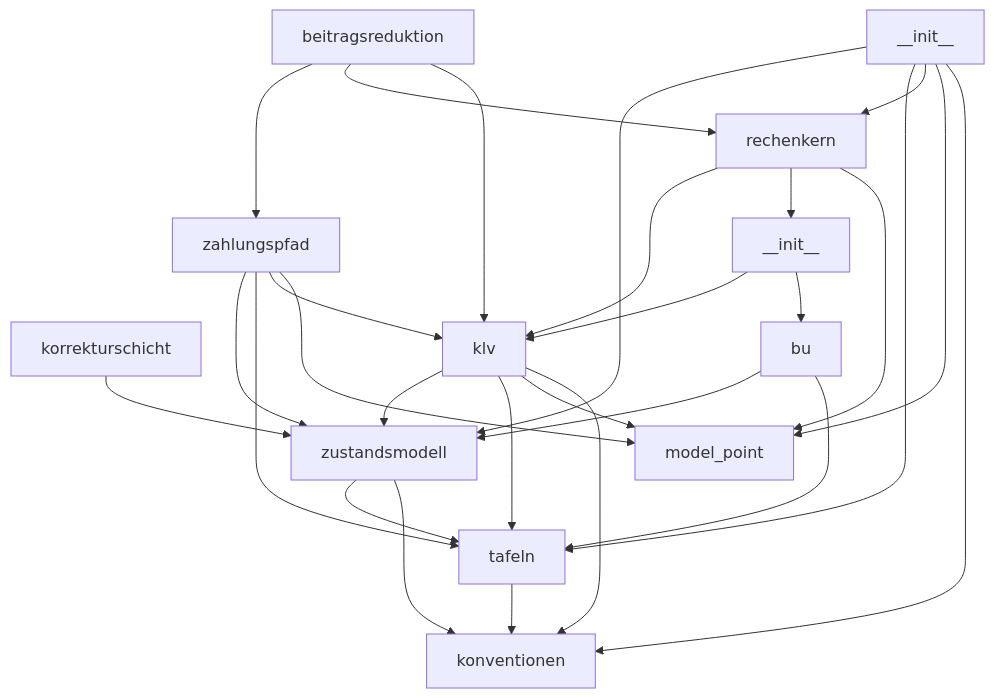
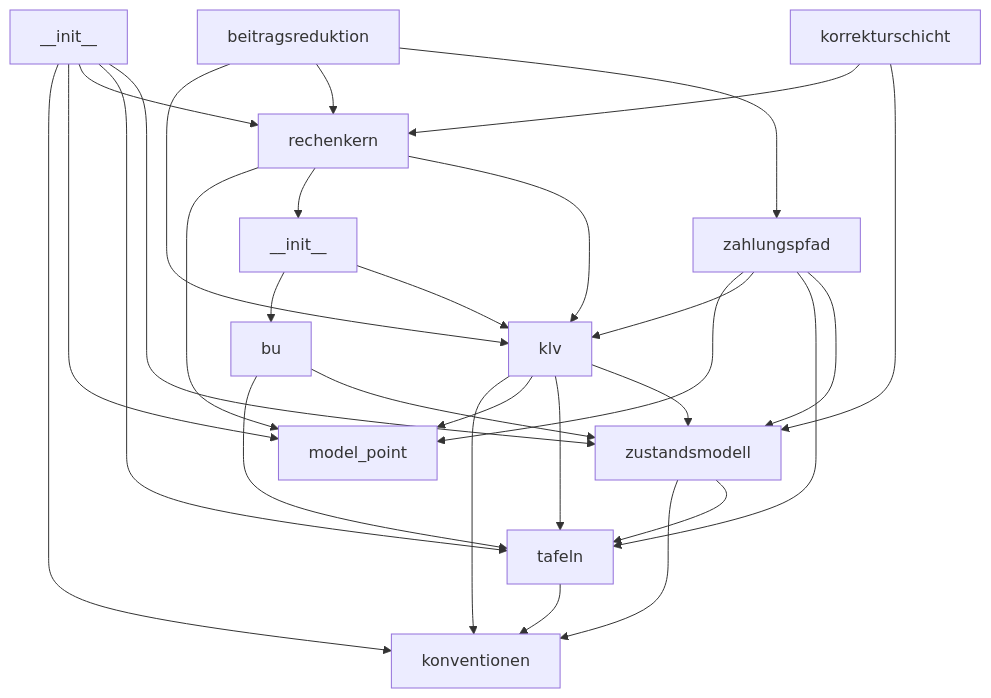
One commit to bartlmac/rechner-pipeline changed the third of 3 diagrams in docs/architektur/landkarte.md. Above: the diagram before and after it, drawn with Mermaid. The commit also changed other lines of this file and 24 other files, not shown here.

````diff
--- a/docs/architektur/landkarte.md
+++ b/docs/architektur/landkarte.md
@@ -103,43 +103,44 @@
 ```mermaid
 %% kern — erzeugt von ontologie.landkarte
 flowchart TD
     rechner_pipeline_kern___init___py["__init__"]
     rechner_pipeline_kern_beitragsreduktion_py["beitragsreduktion"]
     rechner_pipeline_kern_konventionen_py["konventionen"]
     rechner_pipeline_kern_korrekturschicht_py["korrekturschicht"]
     rechner_pipeline_kern_model_point_py["model_point"]
     rechner_pipeline_kern_produkte___init___py["__init__"]
     rechner_pipeline_kern_produkte_bu_py["bu"]
     rechner_pipeline_kern_produkte_klv_py["klv"]
     rechner_pipeline_kern_rechenkern_py["rechenkern"]
     rechner_pipeline_kern_tafeln_py["tafeln"]
     rechner_pipeline_kern_zahlungspfad_py["zahlungspfad"]
     rechner_pipeline_kern_zustandsmodell_py["zustandsmodell"]
     rechner_pipeline_kern___init___py --> rechner_pipeline_kern_konventionen_py
     rechner_pipeline_kern___init___py --> rechner_pipeline_kern_model_point_py
     rechner_pipeline_kern___init___py --> rechner_pipeline_kern_rechenkern_py
     rechner_pipeline_kern___init___py --> rechner_pipeline_kern_tafeln_py
     rechner_pipeline_kern___init___py --> rechner_pipeline_kern_zustandsmodell_py
     rechner_pipeline_kern_beitragsreduktion_py --> rechner_pipeline_kern_produkte_klv_py
     rechner_pipeline_kern_beitragsreduktion_py --> rechner_pipeline_kern_rechenkern_py
     rechner_pipeline_kern_beitragsreduktion_py --> rechner_pipeline_kern_zahlungspfad_py
+    rechner_pipeline_kern_korrekturschicht_py --> rechner_pipeline_kern_rechenkern_py
     rechner_pipeline_kern_korrekturschicht_py --> rechner_pipeline_kern_zustandsmodell_py
     rechner_pipeline_kern_produkte___init___py --> rechner_pipeline_kern_produkte_bu_py
     rechner_pipeline_kern_produkte___init___py --> rechner_pipeline_kern_produkte_klv_py
     rechner_pipeline_kern_produkte_bu_py --> rechner_pipeline_kern_tafeln_py
     rechner_pipeline_kern_produkte_bu_py --> rechner_pipeline_kern_zustandsmodell_py
     rechner_pipeline_kern_produkte_klv_py --> rechner_pipeline_kern_konventionen_py
     rechner_pipeline_kern_produkte_klv_py --> rechner_pipeline_kern_model_point_py
     rechner_pipeline_kern_produkte_klv_py --> rechner_pipeline_kern_tafeln_py
     rechner_pipeline_kern_produkte_klv_py --> rechner_pipeline_kern_zustandsmodell_py
     rechner_pipeline_kern_rechenkern_py --> rechner_pipeline_kern_model_point_py
     rechner_pipeline_kern_rechenkern_py --> rechner_pipeline_kern_produkte___init___py
     rechner_pipeline_kern_rechenkern_py --> rechner_pipeline_kern_produkte_klv_py
     rechner_pipeline_kern_tafeln_py --> rechner_pipeline_kern_konventionen_py
     rechner_pipeline_kern_zahlungspfad_py --> rechner_pipeline_kern_model_point_py
     rechner_pipeline_kern_zahlungspfad_py --> rechner_pipeline_kern_produkte_klv_py
     rechner_pipeline_kern_zahlungspfad_py --> rechner_pipeline_kern_tafeln_py
     rechner_pipeline_kern_zahlungspfad_py --> rechner_pipeline_kern_zustandsmodell_py
     rechner_pipeline_kern_zustandsmodell_py --> rechner_pipeline_kern_konventionen_py
     rechner_pipeline_kern_zustandsmodell_py --> rechner_pipeline_kern_tafeln_py
 ```
````
